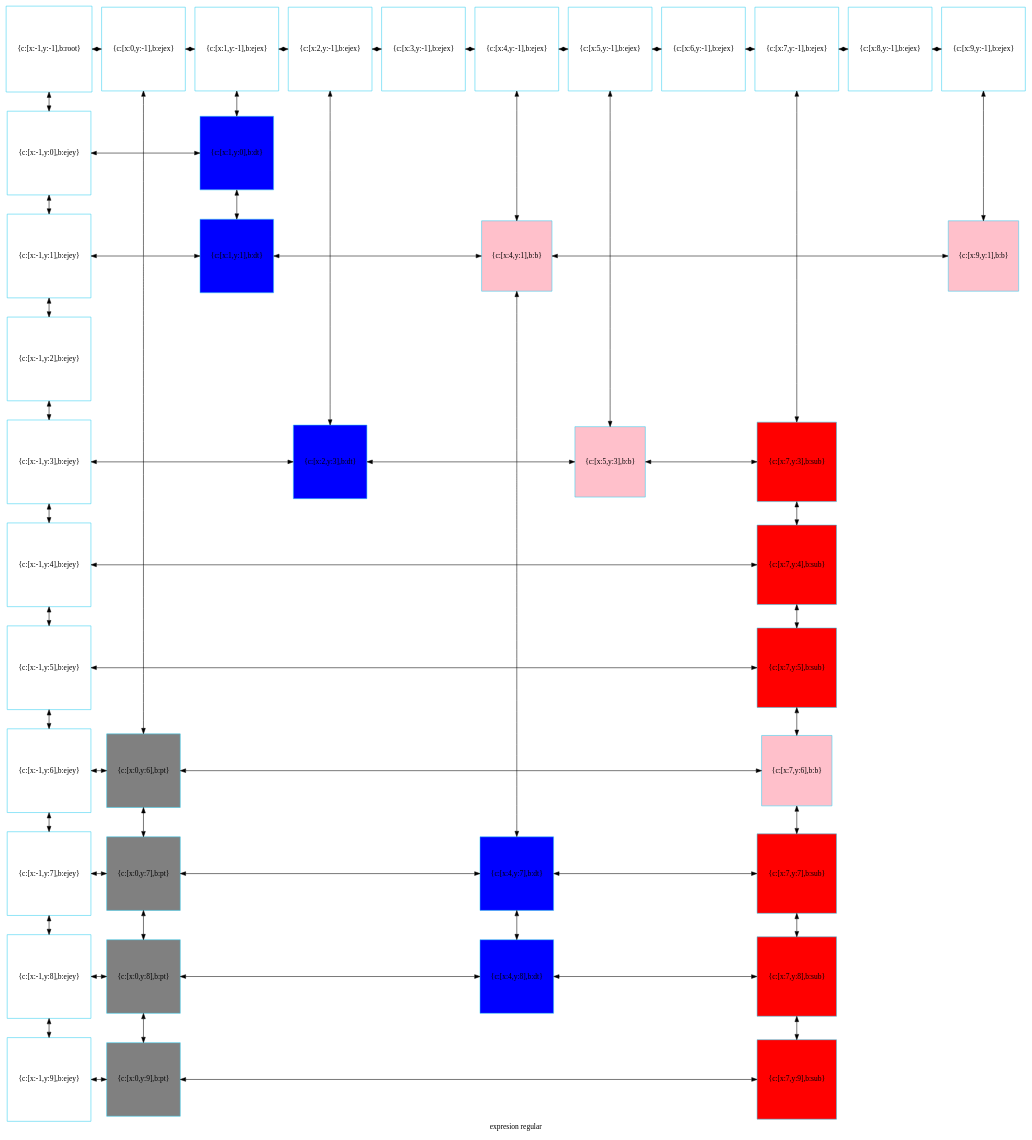
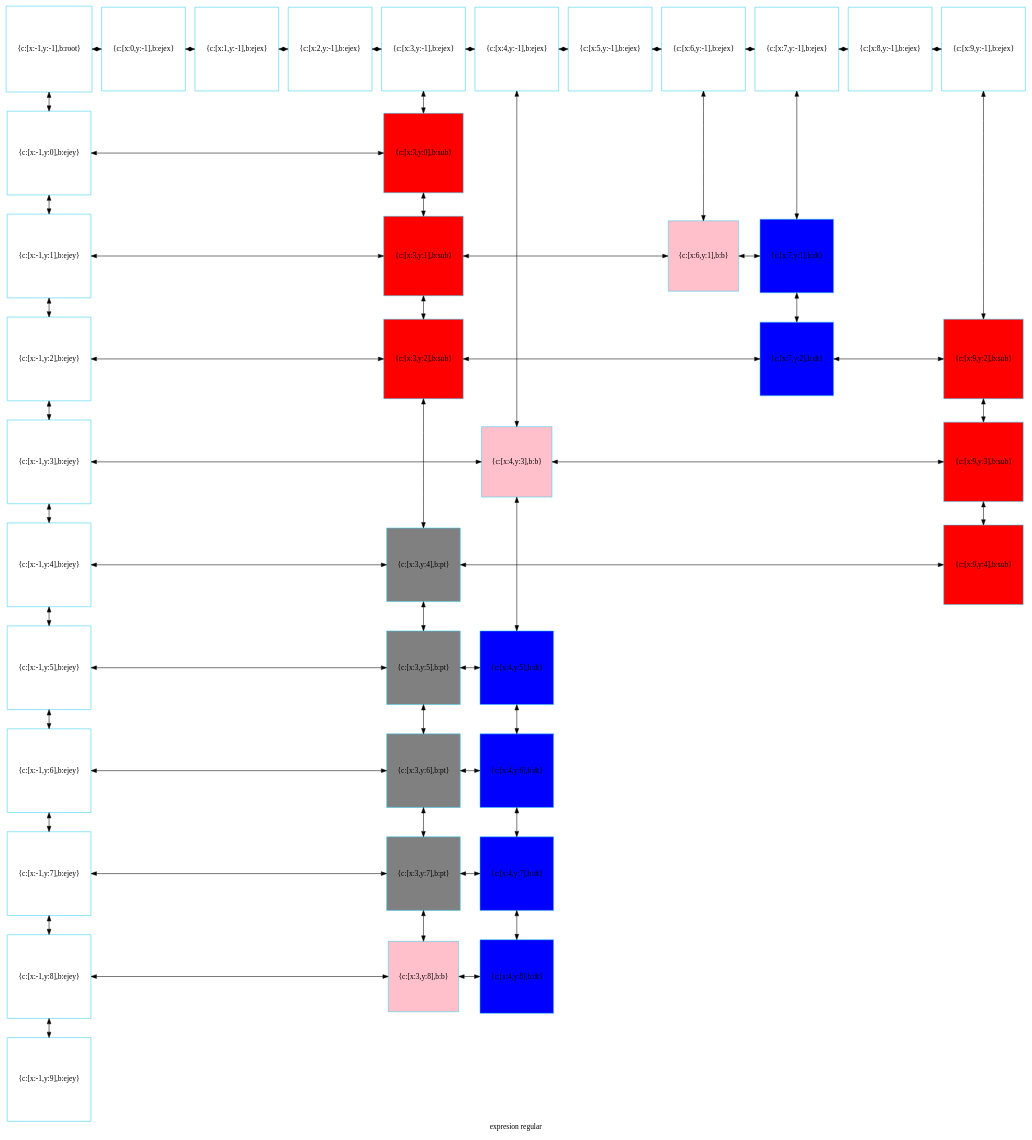
Before and after one commit to betebetoven/EDDS2F2: the diagram in compu.dot, drawn with Graphviz. The commit also changed 10 other files, not shown here.

```diff
--- a/compu.dot
+++ b/compu.dot
@@ -1,118 +1,118 @@
 digraph G
 {label="expresion regular"
         node[shape = square]
         node[style = filled]
         node[fillcolor = "#EEEEE"]
         node[color = "#EEEEE"]
         node[color = "#31CEF0"]
 
-500379707184[label="{c:[x:-1,y:-1],b:root}",fillcolor = "white"]
-500379708432[label="{c:[x:0,y:-1],b:ejex}",fillcolor = "white"]
-500379706656[label="{c:[x:1,y:-1],b:ejex}",fillcolor = "white"]
-500379708960[label="{c:[x:2,y:-1],b:ejex}",fillcolor = "white"]
-500379708816[label="{c:[x:3,y:-1],b:ejex}",fillcolor = "white"]
-500379708624[label="{c:[x:4,y:-1],b:ejex}",fillcolor = "white"]
-500379788528[label="{c:[x:5,y:-1],b:ejex}",fillcolor = "white"]
-500379788192[label="{c:[x:6,y:-1],b:ejex}",fillcolor = "white"]
-500379787568[label="{c:[x:7,y:-1],b:ejex}",fillcolor = "white"]
-500379789680[label="{c:[x:8,y:-1],b:ejex}",fillcolor = "white"]
-500379789536[label="{c:[x:9,y:-1],b:ejex}",fillcolor = "white"]
-500379787424[label="{c:[x:-1,y:0],b:ejey}",fillcolor = "white"]
-500380250848[label="{c:[x:1,y:0],b:dt}",fillcolor = "blue"]
-500379788000[label="{c:[x:-1,y:1],b:ejey}",fillcolor = "white"]
-500380251568[label="{c:[x:1,y:1],b:dt}",fillcolor = "blue"]
-500380252288[label="{c:[x:4,y:1],b:b}",fillcolor = "pink"]
-500380253008[label="{c:[x:9,y:1],b:b}",fillcolor = "pink"]
-500379790592[label="{c:[x:-1,y:2],b:ejey}",fillcolor = "white"]
-500379790256[label="{c:[x:-1,y:3],b:ejey}",fillcolor = "white"]
-500380252048[label="{c:[x:2,y:3],b:dt}",fillcolor = "blue"]
-500380252528[label="{c:[x:5,y:3],b:b}",fillcolor = "pink"]
-500379791312[label="{c:[x:7,y:3],b:sub}",fillcolor = "red"]
-500379787952[label="{c:[x:-1,y:4],b:ejey}",fillcolor = "white"]
-500380250368[label="{c:[x:7,y:4],b:sub}",fillcolor = "red"]
-500379789008[label="{c:[x:-1,y:5],b:ejey}",fillcolor = "white"]
-500380250608[label="{c:[x:7,y:5],b:sub}",fillcolor = "red"]
-500379789296[label="{c:[x:-1,y:6],b:ejey}",fillcolor = "white"]
-500379789248[label="{c:[x:0,y:6],b:pt}",fillcolor = "gray"]
-500380252768[label="{c:[x:7,y:6],b:b}",fillcolor = "pink"]
-500379788096[label="{c:[x:-1,y:7],b:ejey}",fillcolor = "white"]
-500379790448[label="{c:[x:0,y:7],b:pt}",fillcolor = "gray"]
-500380250896[label="{c:[x:4,y:7],b:dt}",fillcolor = "blue"]
-500379790688[label="{c:[x:7,y:7],b:sub}",fillcolor = "red"]
-500379788816[label="{c:[x:-1,y:8],b:ejey}",fillcolor = "white"]
-500379787712[label="{c:[x:0,y:8],b:pt}",fillcolor = "gray"]
-500380251136[label="{c:[x:4,y:8],b:dt}",fillcolor = "blue"]
-500379790352[label="{c:[x:7,y:8],b:sub}",fillcolor = "red"]
-500379788288[label="{c:[x:-1,y:9],b:ejey}",fillcolor = "white"]
-500379789968[label="{c:[x:0,y:9],b:pt}",fillcolor = "gray"]
-500379790304[label="{c:[x:7,y:9],b:sub}",fillcolor = "red"]
-500379707184->500379787424[dir = both];
-500379787424->500379788000[dir = both];
-500379788000->500379790592[dir = both];
-500379790592->500379790256[dir = both];
-500379790256->500379787952[dir = both];
-500379787952->500379789008[dir = both];
-500379789008->500379789296[dir = both];
-500379789296->500379788096[dir = both];
-500379788096->500379788816[dir = both];
-500379788816->500379788288[dir = both];
-500379708432->500379789248[dir = both];
-500379789248->500379790448[dir = both];
-500379790448->500379787712[dir = both];
-500379787712->500379789968[dir = both];
-500379706656->500380250848[dir = both];
-500380250848->500380251568[dir = both];
-500379708960->500380252048[dir = both];
-500379708624->500380252288[dir = both];
-500380252288->500380250896[dir = both];
-500380250896->500380251136[dir = both];
-500379788528->500380252528[dir = both];
-500379787568->500379791312[dir = both];
-500379791312->500380250368[dir = both];
-500380250368->500380250608[dir = both];
-500380250608->500380252768[dir = both];
-500380252768->500379790688[dir = both];
-500379790688->500379790352[dir = both];
-500379790352->500379790304[dir = both];
-500379789536->500380253008[dir = both];
-500379707184->500379708432[dir = both];
-500379708432->500379706656[dir = both];
-500379706656->500379708960[dir = both];
-500379708960->500379708816[dir = both];
-500379708816->500379708624[dir = both];
-500379708624->500379788528[dir = both];
-500379788528->500379788192[dir = both];
-500379788192->500379787568[dir = both];
-500379787568->500379789680[dir = both];
-500379789680->500379789536[dir = both];
-500379787424->500380250848[constraint=false,dir = both];
-500379788000->500380251568[constraint=false,dir = both];
-500380251568->500380252288[constraint=false,dir = both];
-500380252288->500380253008[constraint=false,dir = both];
-500379790256->500380252048[constraint=false,dir = both];
-500380252048->500380252528[constraint=false,dir = both];
-500380252528->500379791312[constraint=false,dir = both];
-500379787952->500380250368[constraint=false,dir = both];
-500379789008->500380250608[constraint=false,dir = both];
-500379789296->500379789248[constraint=false,dir = both];
-500379789248->500380252768[constraint=false,dir = both];
-500379788096->500379790448[constraint=false,dir = both];
-500379790448->500380250896[constraint=false,dir = both];
-500380250896->500379790688[constraint=false,dir = both];
-500379788816->500379787712[constraint=false,dir = both];
-500379787712->500380251136[constraint=false,dir = both];
-500380251136->500379790352[constraint=false,dir = both];
-500379788288->500379789968[constraint=false,dir = both];
-500379789968->500379790304[constraint=false,dir = both];
- {rank=same; 500379707184;500379708432;500379706656;500379708960;500379708816;500379708624;500379788528;500379788192;500379787568;500379789680;500379789536;}
- {rank=same; 500379787424;500380250848;}
- {rank=same; 500379788000;500380251568;500380252288;500380253008;}
- {rank=same; 500379790592;}
- {rank=same; 500379790256;500380252048;500380252528;500379791312;}
- {rank=same; 500379787952;500380250368;}
- {rank=same; 500379789008;500380250608;}
- {rank=same; 500379789296;500379789248;500380252768;}
- {rank=same; 500379788096;500379790448;500380250896;500379790688;}
- {rank=same; 500379788816;500379787712;500380251136;500379790352;}
- {rank=same; 500379788288;500379789968;500379790304;}
+583534438528[label="{c:[x:-1,y:-1],b:root}",fillcolor = "white"]
+583534438144[label="{c:[x:0,y:-1],b:ejex}",fillcolor = "white"]
+583534438192[label="{c:[x:1,y:-1],b:ejex}",fillcolor = "white"]
+583534436656[label="{c:[x:2,y:-1],b:ejex}",fillcolor = "white"]
+583534436560[label="{c:[x:3,y:-1],b:ejex}",fillcolor = "white"]
+583534438816[label="{c:[x:4,y:-1],b:ejex}",fillcolor = "white"]
+583534438384[label="{c:[x:5,y:-1],b:ejex}",fillcolor = "white"]
+583534437664[label="{c:[x:6,y:-1],b:ejex}",fillcolor = "white"]
+583534439104[label="{c:[x:7,y:-1],b:ejex}",fillcolor = "white"]
+583534439248[label="{c:[x:8,y:-1],b:ejex}",fillcolor = "white"]
+583534439392[label="{c:[x:9,y:-1],b:ejex}",fillcolor = "white"]
+583534439536[label="{c:[x:-1,y:0],b:ejey}",fillcolor = "white"]
+583535723856[label="{c:[x:3,y:0],b:sub}",fillcolor = "red"]
+583534439680[label="{c:[x:-1,y:1],b:ejey}",fillcolor = "white"]
+583535725152[label="{c:[x:3,y:1],b:sub}",fillcolor = "red"]
+583535735952[label="{c:[x:6,y:1],b:b}",fillcolor = "pink"]
+583535726496[label="{c:[x:7,y:1],b:dt}",fillcolor = "blue"]
+583534439824[label="{c:[x:-1,y:2],b:ejey}",fillcolor = "white"]
+583535724912[label="{c:[x:3,y:2],b:sub}",fillcolor = "red"]
+583535734992[label="{c:[x:7,y:2],b:dt}",fillcolor = "blue"]
+583535724096[label="{c:[x:9,y:2],b:sub}",fillcolor = "red"]
+583534439968[label="{c:[x:-1,y:3],b:ejey}",fillcolor = "white"]
+583535735232[label="{c:[x:4,y:3],b:b}",fillcolor = "pink"]
+583535724336[label="{c:[x:9,y:3],b:sub}",fillcolor = "red"]
+583534440112[label="{c:[x:-1,y:4],b:ejey}",fillcolor = "white"]
+583535723088[label="{c:[x:3,y:4],b:pt}",fillcolor = "gray"]
+583535724576[label="{c:[x:9,y:4],b:sub}",fillcolor = "red"]
+583534440256[label="{c:[x:-1,y:5],b:ejey}",fillcolor = "white"]
+583535723712[label="{c:[x:3,y:5],b:pt}",fillcolor = "gray"]
+583535725296[label="{c:[x:4,y:5],b:dt}",fillcolor = "blue"]
+583534440400[label="{c:[x:-1,y:6],b:ejey}",fillcolor = "white"]
+583535723472[label="{c:[x:3,y:6],b:pt}",fillcolor = "gray"]
+583535726112[label="{c:[x:4,y:6],b:dt}",fillcolor = "blue"]
+583535722656[label="{c:[x:-1,y:7],b:ejey}",fillcolor = "white"]
+583535723232[label="{c:[x:3,y:7],b:pt}",fillcolor = "gray"]
+583535725536[label="{c:[x:4,y:7],b:dt}",fillcolor = "blue"]
+583535722800[label="{c:[x:-1,y:8],b:ejey}",fillcolor = "white"]
+583535735472[label="{c:[x:3,y:8],b:b}",fillcolor = "pink"]
+583535725776[label="{c:[x:4,y:8],b:dt}",fillcolor = "blue"]
+583535722944[label="{c:[x:-1,y:9],b:ejey}",fillcolor = "white"]
+583534438528->583534439536[dir = both];
+583534439536->583534439680[dir = both];
+583534439680->583534439824[dir = both];
+583534439824->583534439968[dir = both];
+583534439968->583534440112[dir = both];
+583534440112->583534440256[dir = both];
+583534440256->583534440400[dir = both];
+583534440400->583535722656[dir = both];
+583535722656->583535722800[dir = both];
+583535722800->583535722944[dir = both];
+583534436560->583535723856[dir = both];
+583535723856->583535725152[dir = both];
+583535725152->583535724912[dir = both];
+583535724912->583535723088[dir = both];
+583535723088->583535723712[dir = both];
+583535723712->583535723472[dir = both];
+583535723472->583535723232[dir = both];
+583535723232->583535735472[dir = both];
+583534438816->583535735232[dir = both];
+583535735232->583535725296[dir = both];
+583535725296->583535726112[dir = both];
+583535726112->583535725536[dir = both];
+583535725536->583535725776[dir = both];
+583534437664->583535735952[dir = both];
+583534439104->583535726496[dir = both];
+583535726496->583535734992[dir = both];
+583534439392->583535724096[dir = both];
+583535724096->583535724336[dir = both];
+583535724336->583535724576[dir = both];
+583534438528->583534438144[dir = both];
+583534438144->583534438192[dir = both];
+583534438192->583534436656[dir = both];
+583534436656->583534436560[dir = both];
+583534436560->583534438816[dir = both];
+583534438816->583534438384[dir = both];
+583534438384->583534437664[dir = both];
+583534437664->583534439104[dir = both];
+583534439104->583534439248[dir = both];
+583534439248->583534439392[dir = both];
+583534439536->583535723856[constraint=false,dir = both];
+583534439680->583535725152[constraint=false,dir = both];
+583535725152->583535735952[constraint=false,dir = both];
+583535735952->583535726496[constraint=false,dir = both];
+583534439824->583535724912[constraint=false,dir = both];
+583535724912->583535734992[constraint=false,dir = both];
+583535734992->583535724096[constraint=false,dir = both];
+583534439968->583535735232[constraint=false,dir = both];
+583535735232->583535724336[constraint=false,dir = both];
+583534440112->583535723088[constraint=false,dir = both];
+583535723088->583535724576[constraint=false,dir = both];
+583534440256->583535723712[constraint=false,dir = both];
+583535723712->583535725296[constraint=false,dir = both];
+583534440400->583535723472[constraint=false,dir = both];
+583535723472->583535726112[constraint=false,dir = both];
+583535722656->583535723232[constraint=false,dir = both];
+583535723232->583535725536[constraint=false,dir = both];
+583535722800->583535735472[constraint=false,dir = both];
+583535735472->583535725776[constraint=false,dir = both];
+ {rank=same; 583534438528;583534438144;583534438192;583534436656;583534436560;583534438816;583534438384;583534437664;583534439104;583534439248;583534439392;}
+ {rank=same; 583534439536;583535723856;}
+ {rank=same; 583534439680;583535725152;583535735952;583535726496;}
+ {rank=same; 583534439824;583535724912;583535734992;583535724096;}
+ {rank=same; 583534439968;583535735232;583535724336;}
+ {rank=same; 583534440112;583535723088;583535724576;}
+ {rank=same; 583534440256;583535723712;583535725296;}
+ {rank=same; 583534440400;583535723472;583535726112;}
+ {rank=same; 583535722656;583535723232;583535725536;}
+ {rank=same; 583535722800;583535735472;583535725776;}
+ {rank=same; 583535722944;}
 }
```
